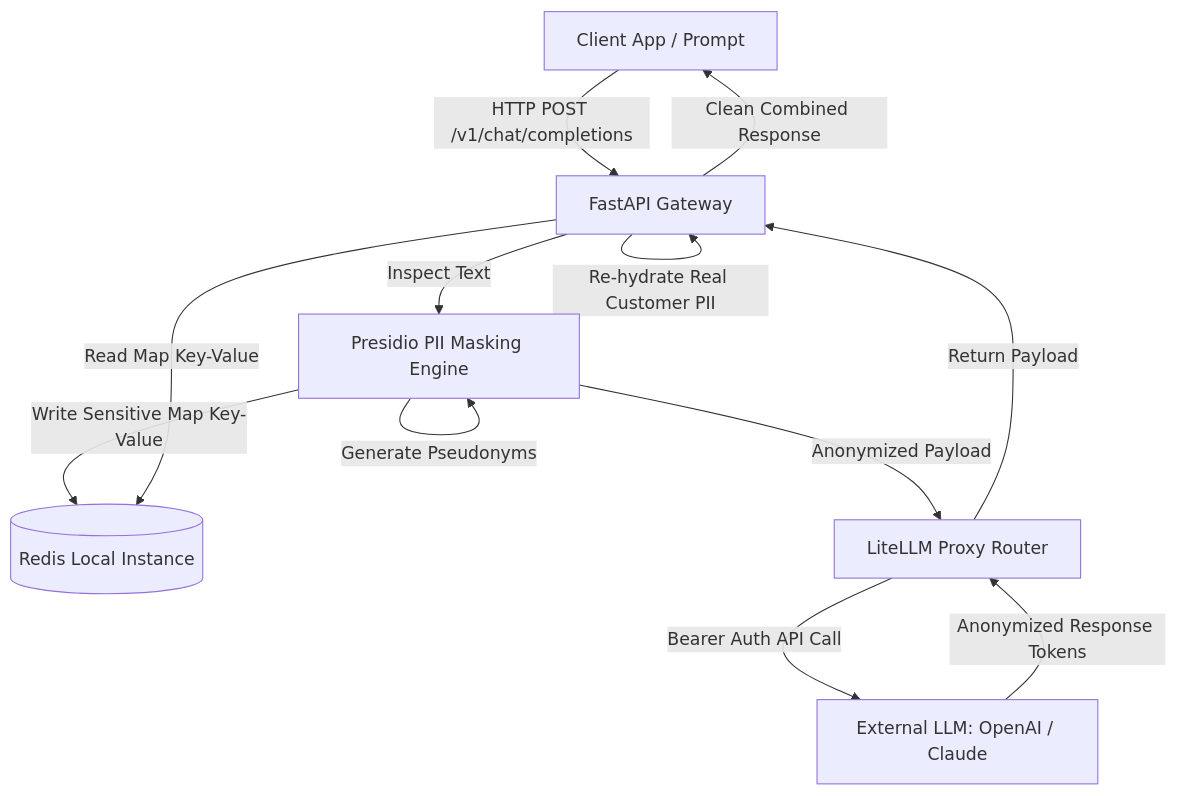
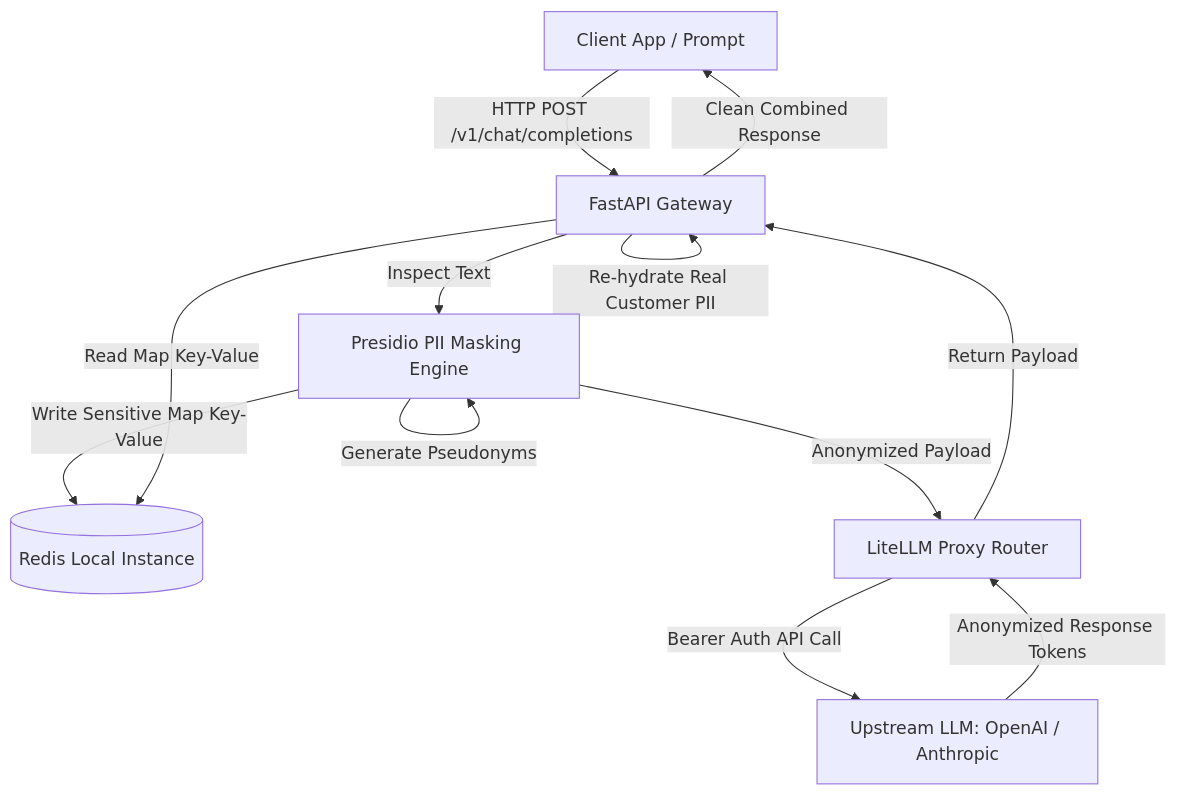
Before and after one commit to dd20263112/high-compliance-ai-gateway: the diagram in README.md, drawn with Mermaid. The commit also changed 4 other files, not shown here.

````diff
--- a/README.md
+++ b/README.md
@@ -22,14 +22,14 @@
 ```mermaid
 graph TD
     Client[Client App / Prompt] -->|HTTP POST /v1/chat/completions| API[FastAPI Gateway]
     API -->|Inspect Text| Engine[Presidio PII Masking Engine]
     Engine -->|Generate Pseudonyms| Engine
     Engine -->|Write Sensitive Map Key-Value| Redis[(Redis Local Instance)]
     Engine -->|Anonymized Payload| Router[LiteLLM Proxy Router]
-    Router -->|Bearer Auth API Call| LLM[External LLM: OpenAI / Claude]
+    Router -->|Bearer Auth API Call| LLM[Upstream LLM: OpenAI / Anthropic]
     LLM -->|Anonymized Response Tokens| Router
     Router -->|Return Payload| API
     API -->|Read Map Key-Value| Redis
     API -->|Re-hydrate Real Customer PII| API
     API -->|Clean Combined Response| Client
 ```
````
